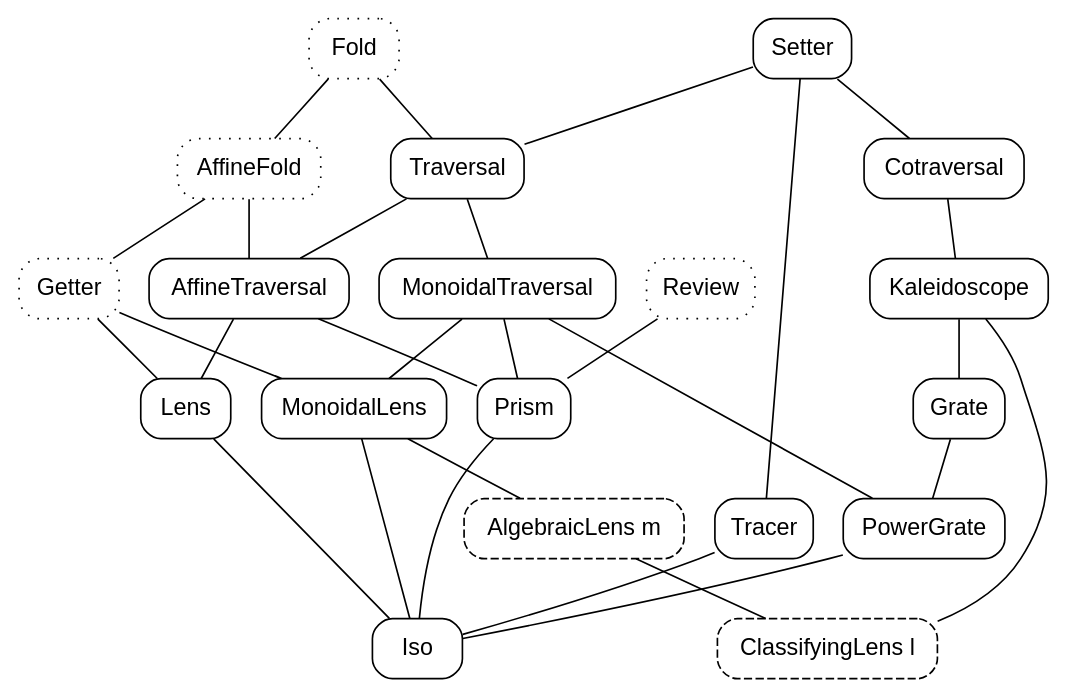
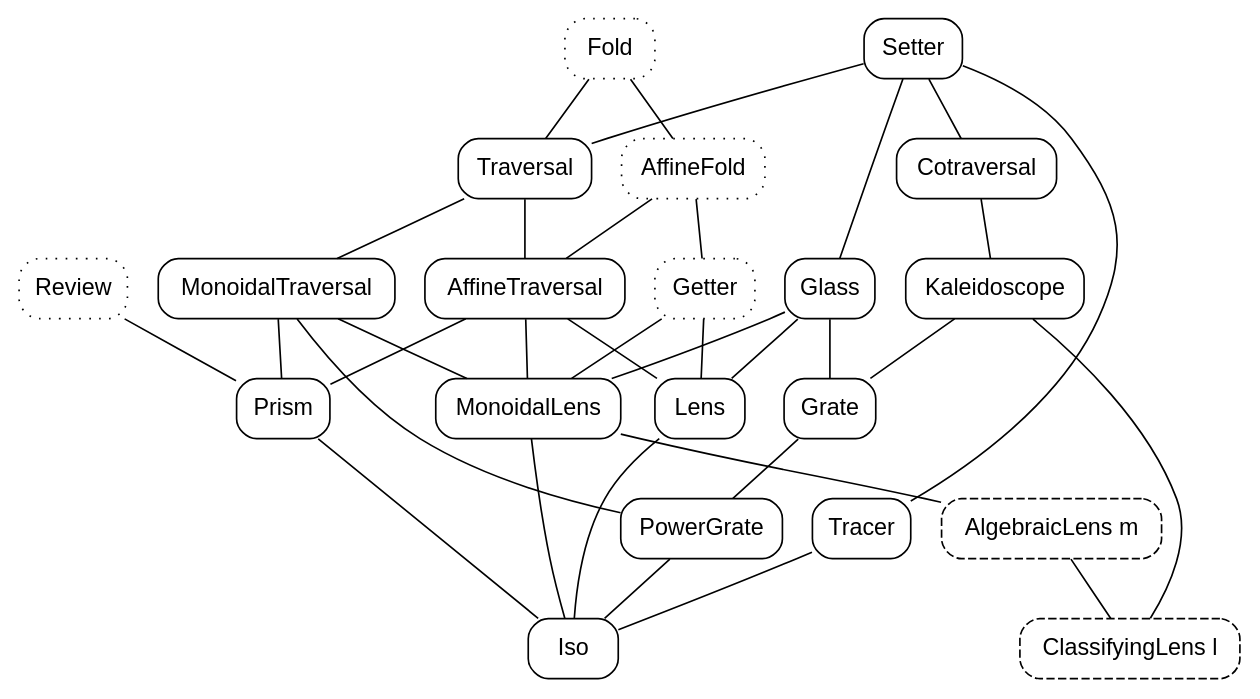
The diagram in proarrow/lattice.dot (sjoerdvisscher/proarrow), drawn with Graphviz before and after one commit. The commit also changed 15 other files, not shown here.

```diff
--- a/proarrow/lattice.dot
+++ b/proarrow/lattice.dot
@@ -1,31 +1,32 @@
 digraph optics {
   rankdir=TB; node [shape=box, style=rounded, fontname="Helvetica"]; edge [dir=none];
   // Edges run weakest-to-strongest, mirroring the SubFlavor superclass structure.
   // Dotted nodes are one-sided: their methods never mention the second witness, so its category
   // may differ from the first's. Dashed nodes are indexed by a monad, so Iso has no edge to them.
   node [style="rounded,dotted"]; Fold; AffineFold; Getter; Review;
   node [style="rounded,dashed"];
   AlgebraicLens [label="AlgebraicLens m"];
   ClassifyingLens [label="ClassifyingLens l"];
   node [style=rounded];
   { rank=same; Fold; Setter; }
 
   Fold -> AffineFold; Fold -> Traversal;
-  Setter -> Traversal; Setter -> Cotraversal; Setter -> Tracer;
+  Setter -> Traversal; Setter -> Cotraversal; Setter -> Tracer; Setter -> Glass;
 
   AffineFold -> Getter; AffineFold -> AffineTraversal;
   Traversal -> AffineTraversal; Traversal -> MonoidalTraversal;
   Cotraversal -> Kaleidoscope;
   Kaleidoscope -> Grate;
 
+  Glass -> Lens; Glass -> Grate; Glass -> MonoidalLens;
   Getter -> Lens; Getter -> MonoidalLens;
-  AffineTraversal -> Lens; AffineTraversal -> Prism;
+  AffineTraversal -> Lens; AffineTraversal -> Prism; AffineTraversal -> MonoidalLens;
   MonoidalTraversal -> MonoidalLens; MonoidalTraversal -> Prism; MonoidalTraversal -> PowerGrate;
   Review -> Prism;
   Grate -> PowerGrate;
 
   MonoidalLens -> AlgebraicLens;
   AlgebraicLens -> ClassifyingLens; Kaleidoscope -> ClassifyingLens;
 
   Lens -> Iso; MonoidalLens -> Iso; Prism -> Iso; PowerGrate -> Iso; Tracer -> Iso;
 }
```
